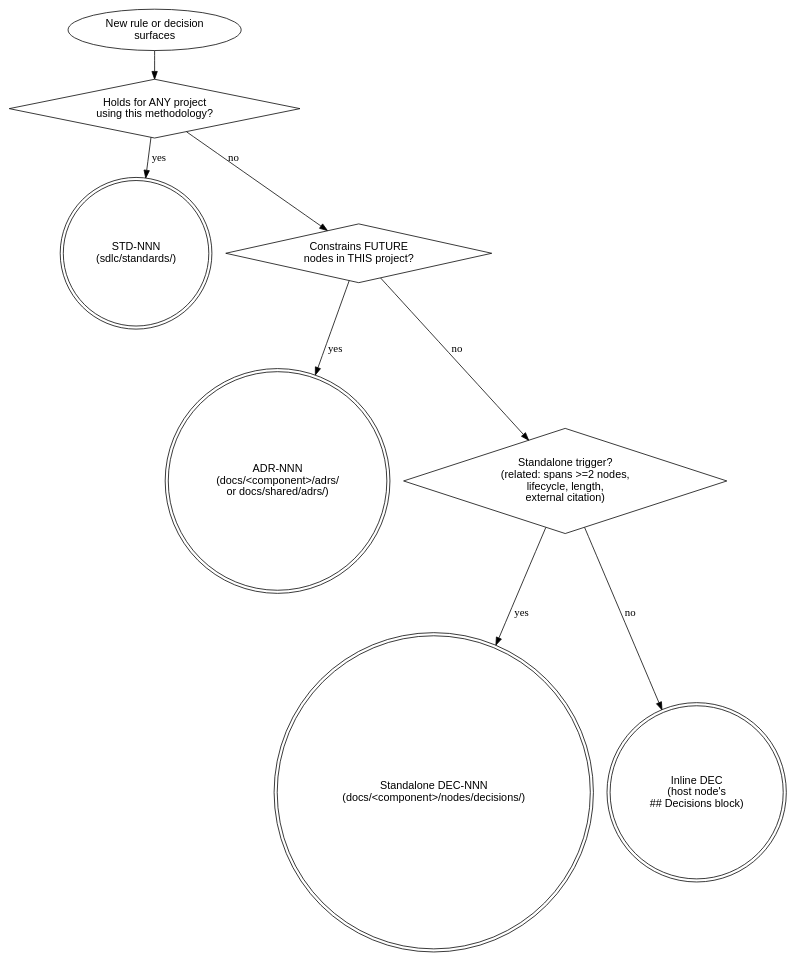
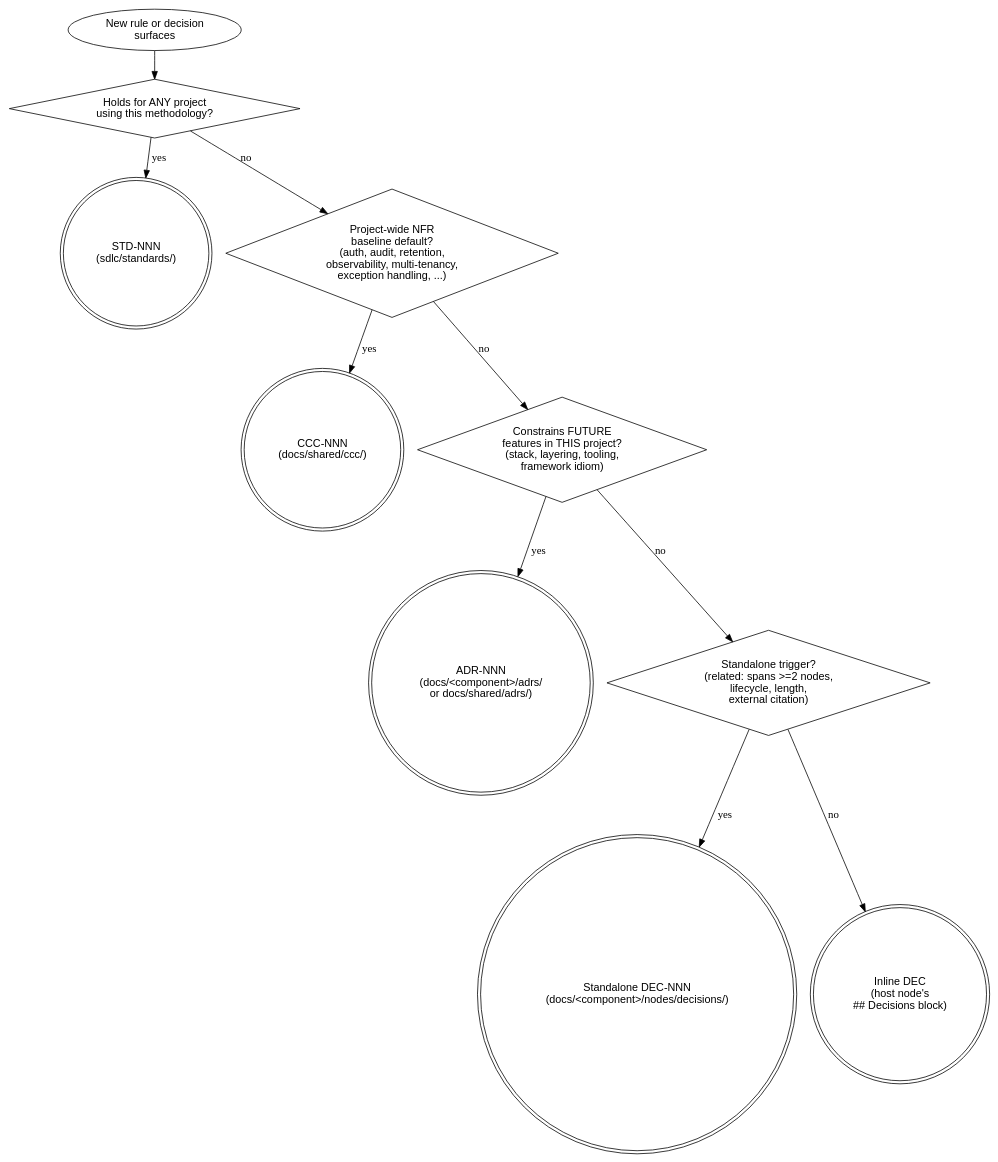
The diagram in sdlc/workflow/authoring-adr.md (thapaliyabikendra/agentic-dev-workspace), drawn with Graphviz before and after one commit. The commit also changed other lines of this file and 60 other files, not shown here.

````diff
--- a/sdlc/workflow/authoring-adr.md
+++ b/sdlc/workflow/authoring-adr.md
@@ -44,26 +52,31 @@
 ```dot
 digraph adr_discriminator {
     rankdir=TB;
     node [fontname="Helvetica"];
 
     rule     [shape=oval,    label="New rule or decision\nsurfaces"];
 
     q1       [shape=diamond, label="Holds for ANY project\nusing this methodology?"];
     std      [shape=doublecircle, label="STD-NNN\n(sdlc/standards/)"];
 
-    q2       [shape=diamond, label="Constrains FUTURE\nnodes in THIS project?"];
+    q2       [shape=diamond, label="Project-wide NFR\nbaseline default?\n(auth, audit, retention,\nobservability, multi-tenancy,\nexception handling, ...)"];
+    ccc      [shape=doublecircle, label="CCC-NNN\n(docs/shared/ccc/)"];
+
+    q3       [shape=diamond, label="Constrains FUTURE\nfeatures in THIS project?\n(stack, layering, tooling,\nframework idiom)"];
     adr      [shape=doublecircle, label="ADR-NNN\n(docs/<component>/adrs/\nor docs/shared/adrs/)"];
 
-    q3       [shape=diamond, label="Standalone trigger?\n(related: spans >=2 nodes,\nlifecycle, length,\nexternal citation)"];
+    q4       [shape=diamond, label="Standalone trigger?\n(related: spans >=2 nodes,\nlifecycle, length,\nexternal citation)"];
     decstd   [shape=doublecircle, label="Standalone DEC-NNN\n(docs/<component>/nodes/decisions/)"];
     decinl   [shape=doublecircle, label="Inline DEC\n(host node's\n## Decisions block)"];
 
     rule -> q1;
     q1 -> std [label="yes"];
     q1 -> q2  [label="no"];
-    q2 -> adr [label="yes"];
+    q2 -> ccc [label="yes"];
     q2 -> q3  [label="no"];
-    q3 -> decstd [label="yes"];
-    q3 -> decinl [label="no"];
+    q3 -> adr [label="yes"];
+    q3 -> q4  [label="no"];
+    q4 -> decstd [label="yes"];
+    q4 -> decinl [label="no"];
 }
 ```
````
